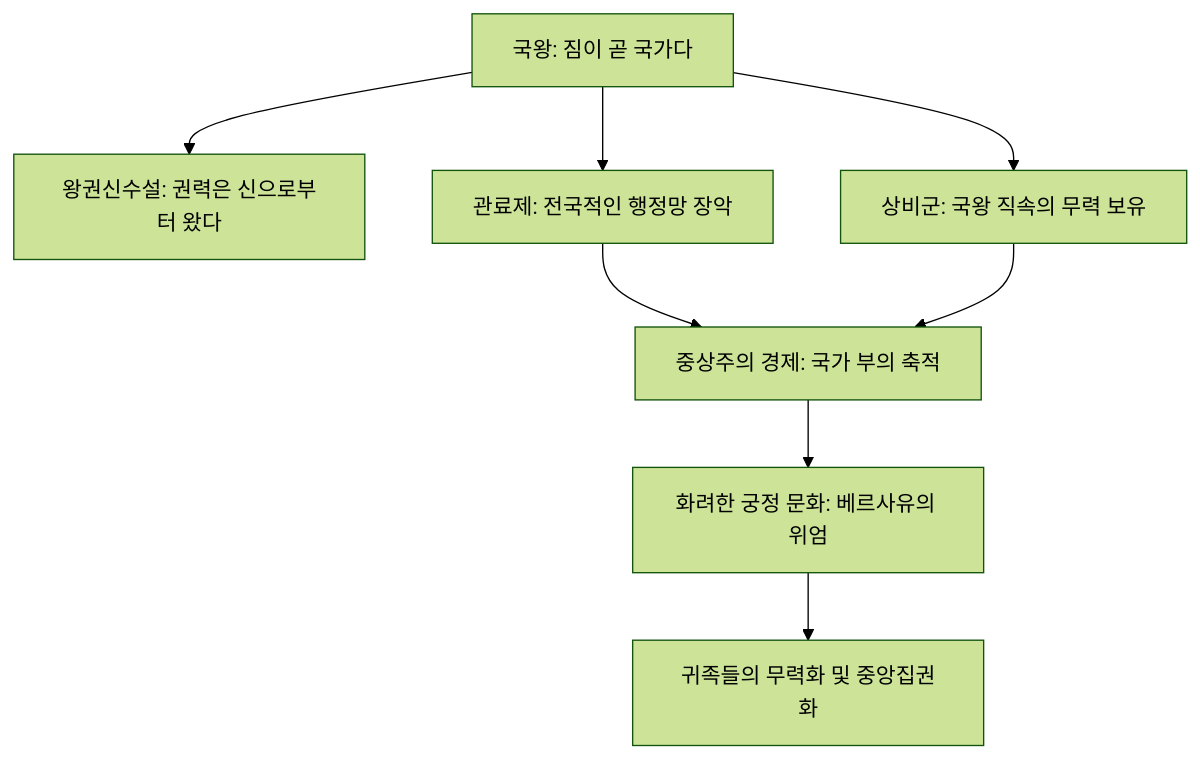
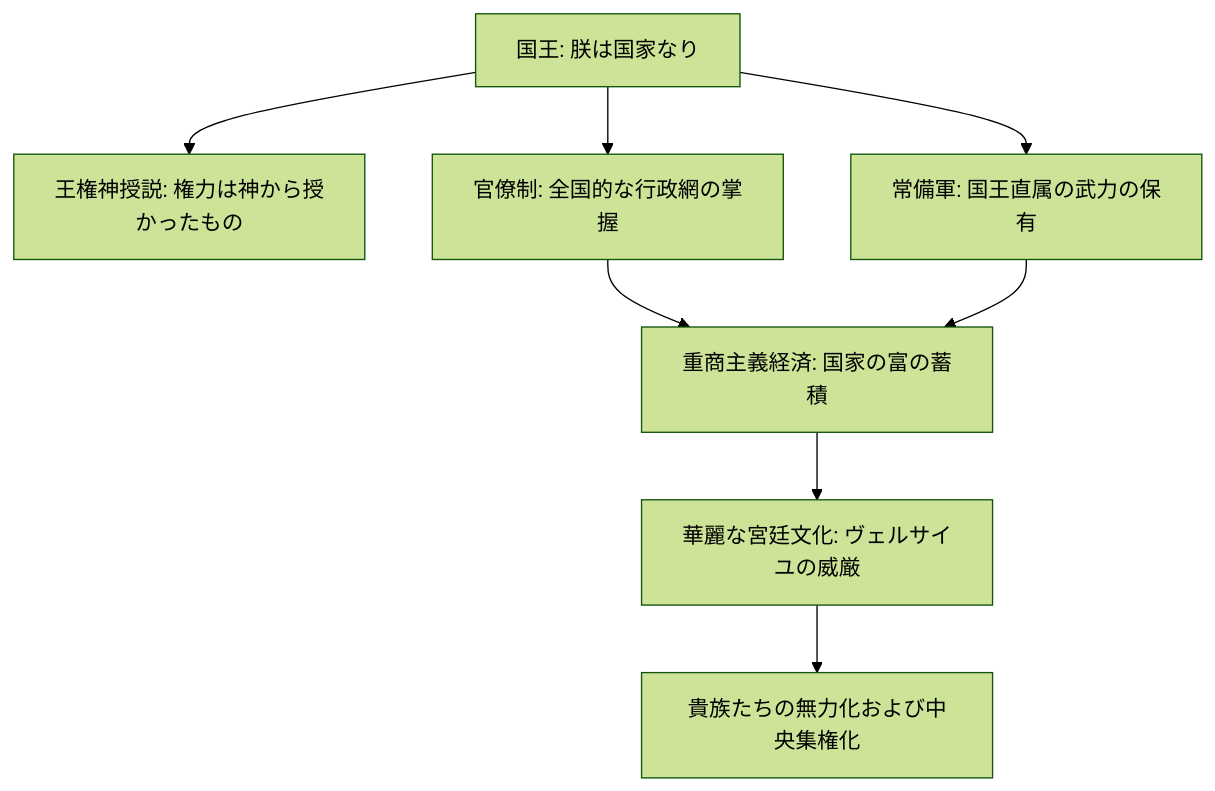
Before and after one commit to yuli3/wiki-oiyo: the diagram in src/content/blog/ja/education-history-everywhere-ch5.mdx, drawn with Mermaid (forest theme). The commit also changed other lines of this file and 427 other files, not shown here.

````diff
--- a/src/content/blog/ja/education-history-everywhere-ch5.mdx
+++ b/src/content/blog/ja/education-history-everywhere-ch5.mdx
@@ -51,10 +49,10 @@
 ```mermaid
 graph TD
-    A[국왕: 짐이 곧 국가다] --> B[왕권신수설: 권력은 신으로부터 왔다]
-    A --> C[관료제: 전국적인 행정망 장악]
-    A --> D[상비군: 국왕 직속의 무력 보유]
-    C --> E[중상주의 경제: 국가 부의 축적]
+    A[国王: 朕は国家なり] --> B[王権神授説: 権力は神から授かったもの]
+    A --> C[官僚制: 全国的な行政網の掌握]
+    A --> D[常備軍: 国王直属の武力の保有]
+    C --> E[重商主義経済: 国家の富の蓄積]
     D --> E
-    E --> F[화려한 궁정 문화: 베르사유의 위엄]
-    F --> G[귀족들의 무력화 및 중앙집권화]
+    E --> F[華麗な宮廷文化: ヴェルサイユの威厳]
+    F --> G[貴族たちの無力化および中央集権化]
 ```
````
